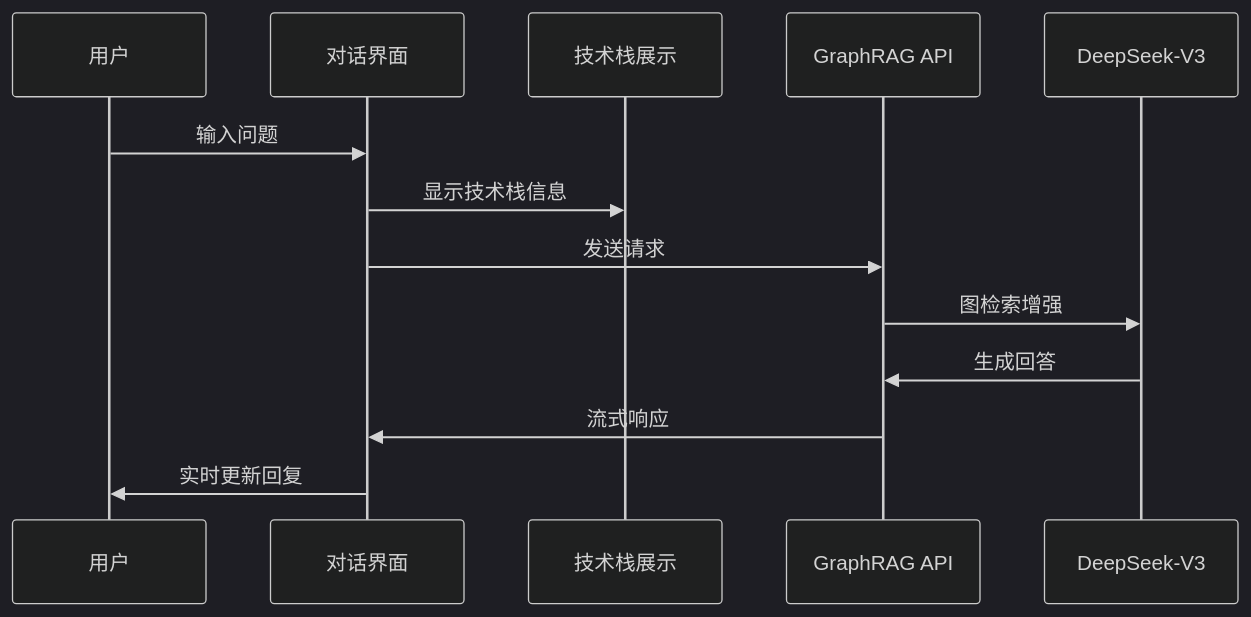
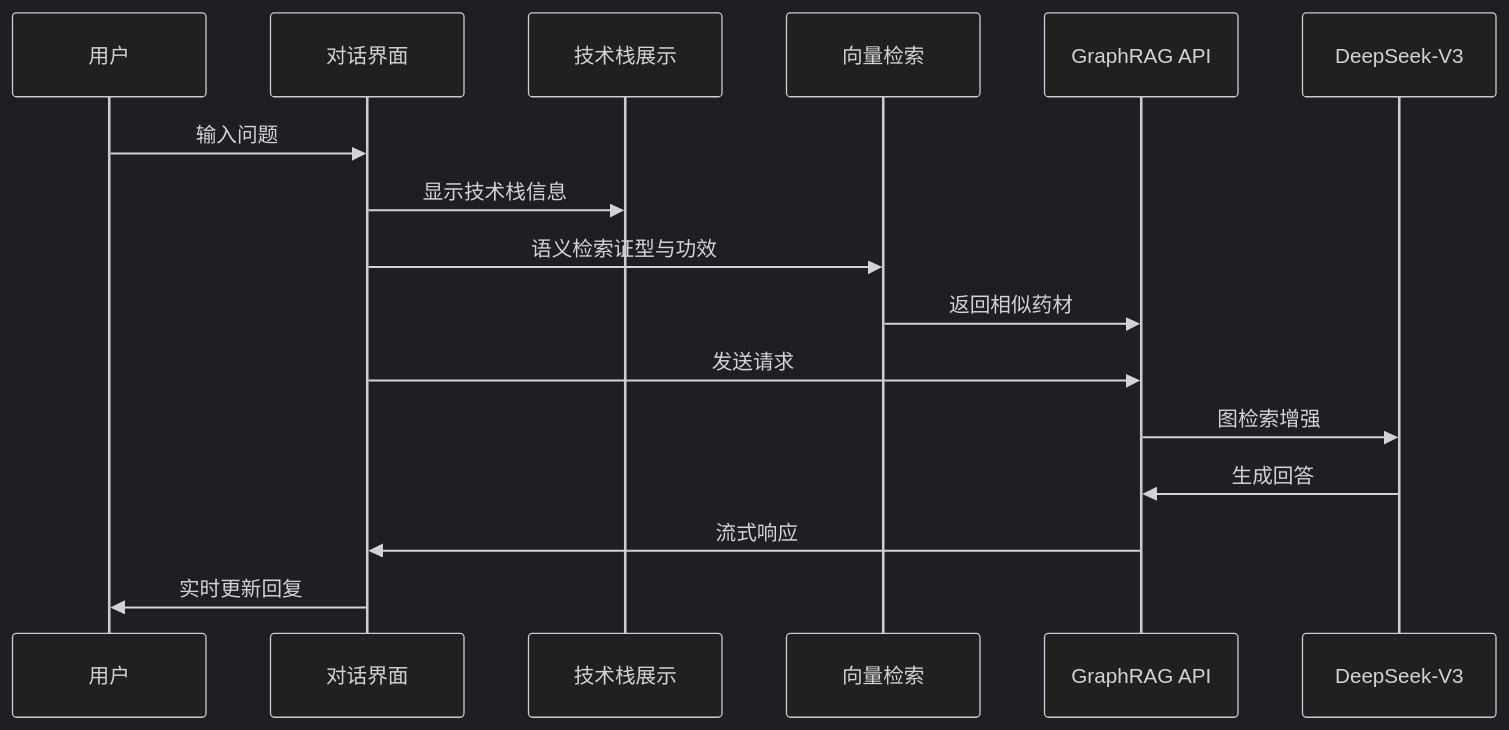
One commit to Kangkangithub/SJTJ-v1.3 changed the fifth of 11 diagrams in .qoder/repowiki/zh/content/前端架构/前端UI结构.md. Above: the diagram before and after it, drawn with Mermaid (dark theme). The commit also changed other lines of this file and 8 other files, not shown here.

````diff
--- a/.qoder/repowiki/zh/content/前端架构/前端UI结构.md
+++ b/.qoder/repowiki/zh/content/前端架构/前端UI结构.md
@@ -213,15 +217,18 @@
 ```mermaid
 sequenceDiagram
 participant User as 用户
 participant UI as 对话界面
 participant TechStack as 技术栈展示
+participant VectorSearch as 向量检索
 participant API as GraphRAG API
 participant LLM as DeepSeek-V3
 User->>UI : 输入问题
 UI->>TechStack : 显示技术栈信息
+UI->>VectorSearch : 语义检索证型与功效
+VectorSearch->>API : 返回相似药材
 UI->>API : 发送请求
 API->>LLM : 图检索增强
 LLM->>API : 生成回答
 API->>UI : 流式响应
 UI->>User : 实时更新回复
 ```
````
